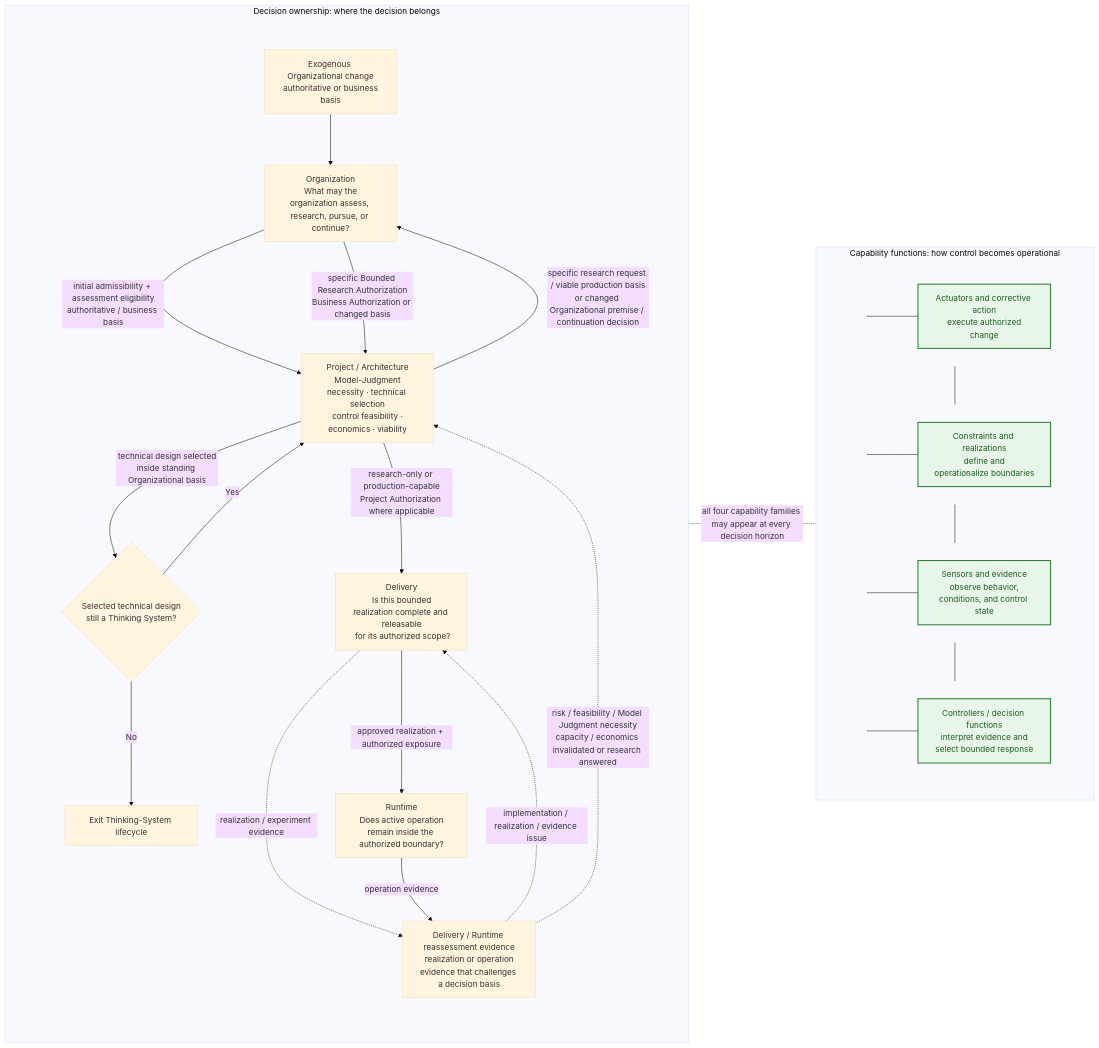
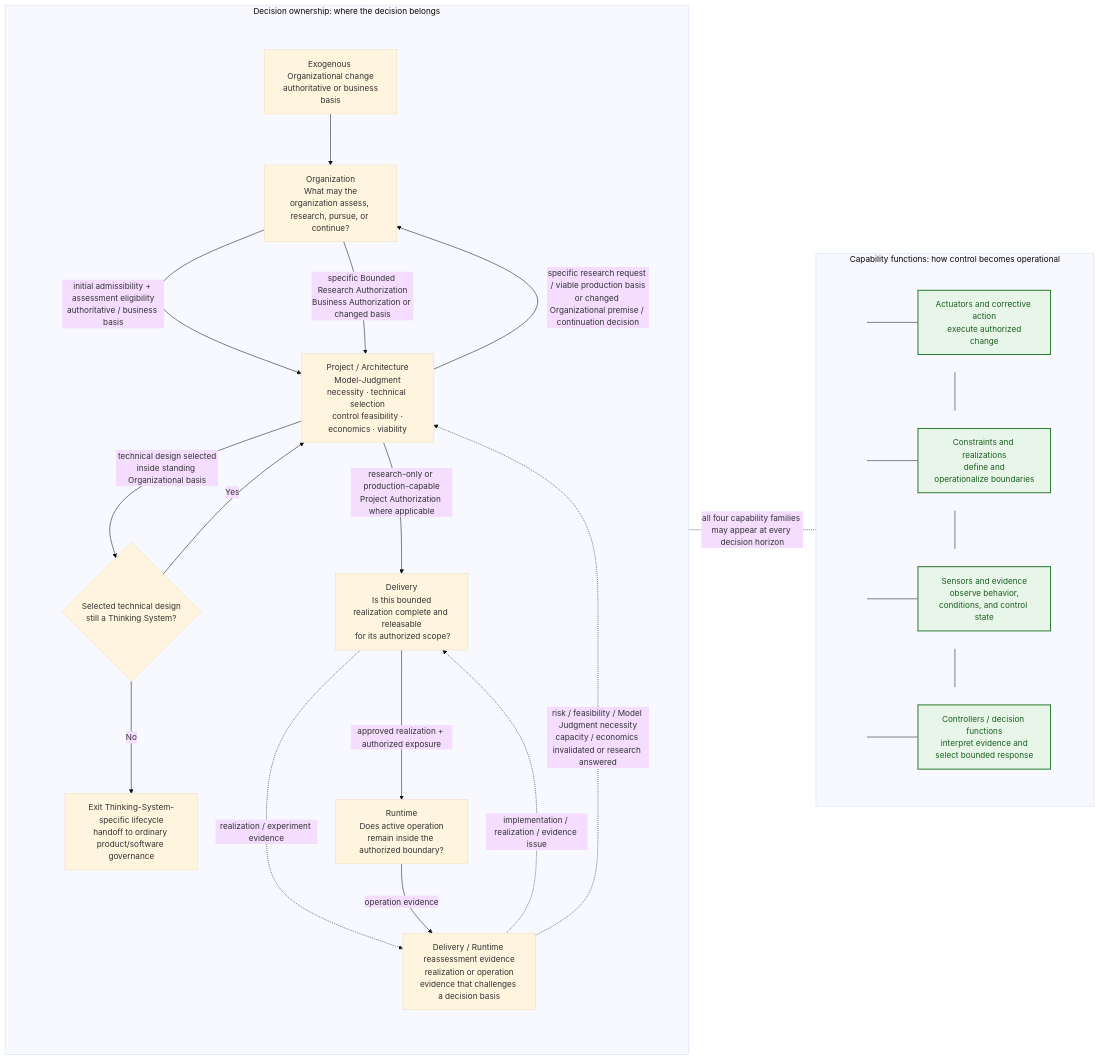
One commit to UncertaintyArchitectureGroup/uncertainty-architecture changed the ninth of 15 diagrams in content/research/notes/open-engineering-specification-article-draft.md. Above: the diagram before and after it, drawn with Mermaid (base theme). The commit also changed other lines of this file and 1 other file, not shown here.

Commit message:
Clarify category handoff and research proportionality

````diff
--- a/content/research/notes/open-engineering-specification-article-draft.md
+++ b/content/research/notes/open-engineering-specification-article-draft.md
@@ -511,66 +511,66 @@
 ```mermaid
 flowchart LR
     subgraph L["Decision ownership: where the decision belongs"]
         direction TB
         subgraph SPINE9[" "]
             direction TB
             O["Organization<br/> What may the organization assess, research, pursue, or continue?"]
             P["Project / Architecture<br/> Model-Judgment necessity · technical selection<br/> control feasibility · economics · viability"]
             CAT{"Selected technical design<br/> still a Thinking System?"}
-            EXIT["Exit Thinking-System lifecycle"]
+            EXIT["Exit Thinking-System-specific lifecycle<br/>handoff to ordinary product/software governance"]
             D["Delivery<br/> Is this bounded realization complete and releasable<br/> for its authorized scope?"]
             R["Runtime<br/> Does active operation remain inside the authorized boundary?"]
             E["Delivery / Runtime reassessment evidence<br/> realization or operation evidence that challenges a decision basis"]
             X["Exogenous Organizational change<br/> authoritative or business basis"]
 
             O -->|initial admissibility + assessment eligibility<br/>authoritative / business basis| P
             P -->|technical design selected<br/>inside standing Organizational basis| CAT
             CAT -->|No| EXIT
             CAT -->|Yes| P
             P -->|specific research request / viable production basis<br/>or changed Organizational premise / continuation decision| O
             O -->|specific Bounded Research Authorization<br/>Business Authorization or changed basis| P
             P -->|research-only or production-capable<br/>Project Authorization where applicable| D
             D -->|approved realization + authorized exposure| R
             D -.->|realization / experiment evidence| E
             R -->|operation evidence| E
             X --> O
         end
 
         E -.->|implementation / realization / evidence issue| D
         E -.->|risk / feasibility / Model Judgment necessity<br/>capacity / economics invalidated or research answered| P
         style SPINE9 fill:none,stroke:none
     end
 
     subgraph F["Capability functions: how control becomes operational"]
         direction TB
         subgraph F1[" "]
             direction LR
             J1(( )) --- A["Actuators and corrective action<br/> execute authorized change"]
         end
         subgraph F2[" "]
             direction LR
             J2(( )) --- K["Constraints and realizations<br/> define and operationalize boundaries"]
         end
         subgraph F3[" "]
             direction LR
             J3(( )) --- S["Sensors and evidence<br/> observe behavior, conditions, and control state"]
         end
         subgraph F4[" "]
             direction LR
             J4(( )) --- C["Controllers / decision functions<br/> interpret evidence and select bounded response"]
         end
         J1 --- J2
         J2 --- J3
         J3 --- J4
         style F1 fill:none,stroke:none
         style F2 fill:none,stroke:none
         style F3 fill:none,stroke:none
         style F4 fill:none,stroke:none
     end
 
     L -. "all four capability families may appear at every decision horizon" .- F
     classDef capability fill:#e8f5e9,stroke:#2e7d32,stroke-width:2px,color:#1b5e20;
     classDef railpoint fill:transparent,stroke:transparent,color:transparent;
     class A,K,S,C capability;
     class J1,J2,J3,J4 railpoint;
 ```
````
